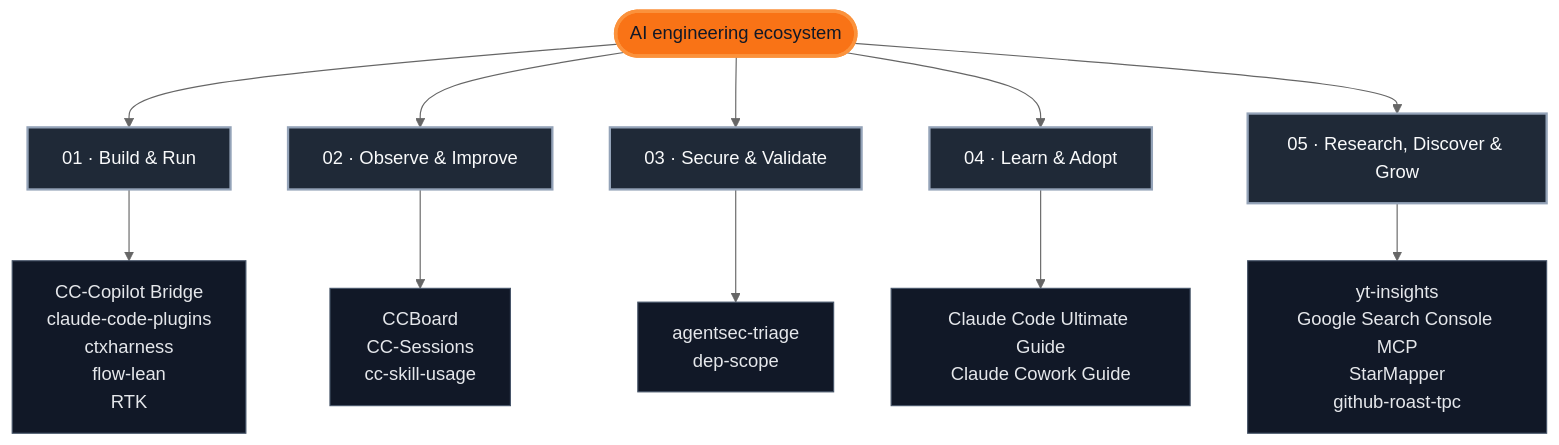
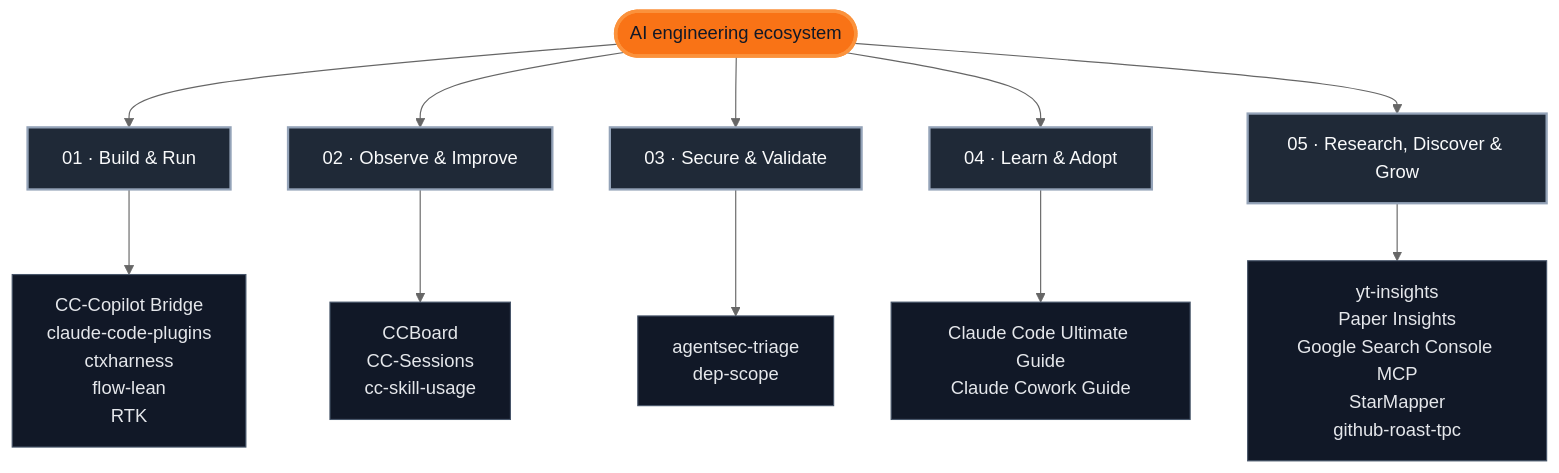
Before and after one commit to FlorianBruniaux/FlorianBruniaux: the diagram in README.md, drawn with Mermaid (neutral theme). The commit also changed other lines of this file and 6 other files, not shown here.

Commit message:
feat: add Paper Insights to the project ecosystem

````diff
--- a/README.md
+++ b/README.md
@@ -55,22 +55,22 @@
 ```mermaid
 flowchart TB
   accTitle: AI engineering ecosystem map
-  accDescr: Five routes connect the ecosystem hub to all sixteen projects
+  accDescr: Five routes connect the ecosystem hub to all 17 projects
   hub(["AI engineering ecosystem"])
   hub --> build_run["01 · Build & Run"]
   build_run --> build_run_projects["CC-Copilot Bridge<br/>claude-code-plugins<br/>ctxharness<br/>flow-lean<br/>RTK"]
   hub --> observe_improve["02 · Observe & Improve"]
   observe_improve --> observe_improve_projects["CCBoard<br/>CC-Sessions<br/>cc-skill-usage"]
   hub --> secure_validate["03 · Secure & Validate"]
   secure_validate --> secure_validate_projects["agentsec-triage<br/>dep-scope"]
   hub --> learn_adopt["04 · Learn & Adopt"]
   learn_adopt --> learn_adopt_projects["Claude Code Ultimate Guide<br/>Claude Cowork Guide"]
   hub --> research_discover_grow["05 · Research, Discover & Grow"]
-  research_discover_grow --> research_discover_grow_projects["yt-insights<br/>Google Search Console MCP<br/>StarMapper<br/>github-roast-tpc"]
+  research_discover_grow --> research_discover_grow_projects["yt-insights<br/>Paper Insights<br/>Google Search Console MCP<br/>StarMapper<br/>github-roast-tpc"]
   classDef hub fill:#f97316,color:#111827,stroke:#fb923c,stroke-width:3px
   classDef route fill:#1f2937,color:#f9fafb,stroke:#94a3b8,stroke-width:2px
   classDef projects fill:#111827,color:#e5e7eb,stroke:#475569
   class hub hub
   class build_run,observe_improve,secure_validate,learn_adopt,research_discover_grow route
   class build_run_projects,observe_improve_projects,secure_validate_projects,learn_adopt_projects,research_discover_grow_projects projects
 ```
````
